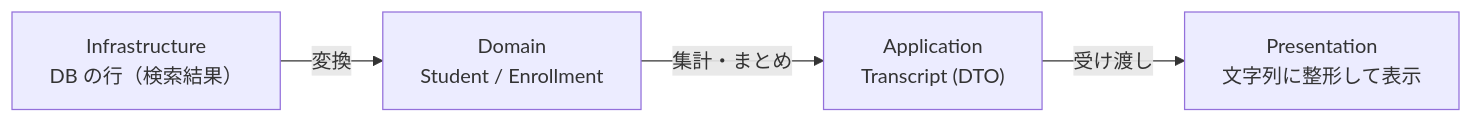
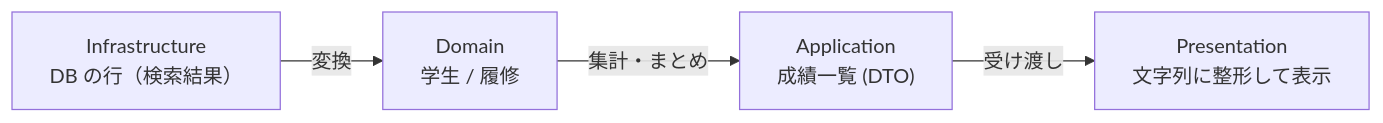
One commit to YTS0418/PRMN_SYSTEM_Lecture changed the third of 3 diagrams in 4層アーキテクチャ/02_4層の役割.md. Above: the diagram before and after it, drawn with Mermaid. The commit also changed other lines of this file and 14 other files, not shown here.

````diff
--- a/4層アーキテクチャ/02_4層の役割.md
+++ b/4層アーキテクチャ/02_4層の役割.md
@@ -192,6 +195,6 @@
 ```mermaid
 flowchart LR
-    I["Infrastructure<br>DB の行（検索結果）"] -->|変換| D["Domain<br>Student / Enrollment"]
-    D -->|集計・まとめ| A["Application<br>Transcript (DTO)"]
+    I["Infrastructure<br>DB の行（検索結果）"] -->|変換| D["Domain<br>学生 / 履修"]
+    D -->|集計・まとめ| A["Application<br>成績一覧 (DTO)"]
     A -->|受け渡し| P["Presentation<br>文字列に整形して表示"]
 ```
````
